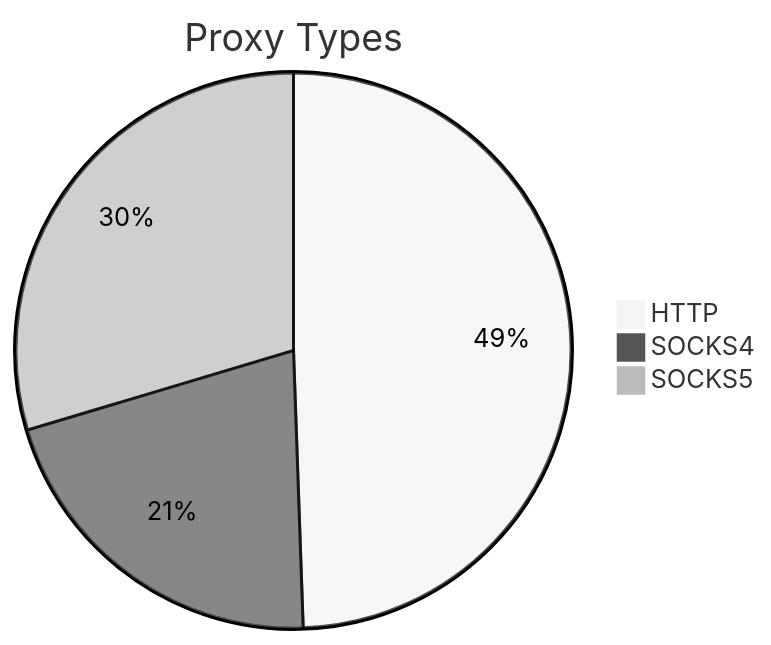
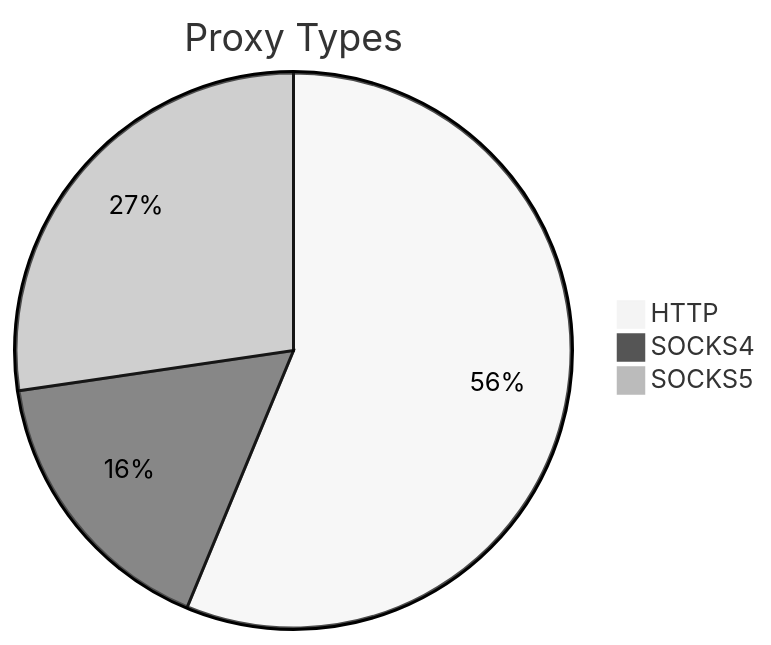
One commit to stormsia/proxy-list changed the first of 2 diagrams in README.md. Above: the diagram before and after it, drawn with Mermaid (neutral theme). The commit also changed other lines of this file, not shown here.

````diff
--- a/README.md
+++ b/README.md
@@ -21,6 +21,6 @@
 ```mermaid
 pie title Proxy Types
-    "HTTP" : 222
-    "SOCKS4" : 94
-    "SOCKS5" : 133
+    "HTTP" : 243
+    "SOCKS4" : 71
+    "SOCKS5" : 118
 ```
````
